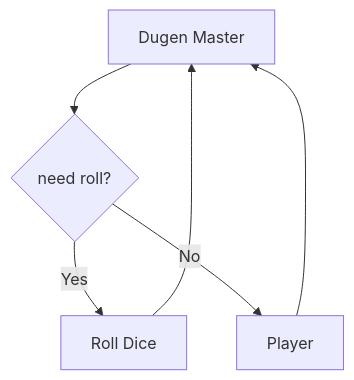
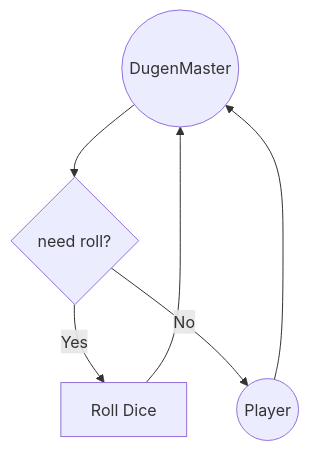
One commit to LangGraph-GUI/LangGraph-learn changed the diagram in 05 Agents with Tool/README.md. Above: the diagram before and after it, drawn with Mermaid.

````diff
--- a/05 Agents with Tool/README.md
+++ b/05 Agents with Tool/README.md
@@ -11,10 +11,10 @@
 ```mermaid
 graph TD;
-    A[Dugen Master] --> B{need roll?};
+    A((DugenMaster)) --> B{need roll?};
     B -- Yes --> C[Roll Dice];
-    B -- No --> D[Player];
+    B -- No --> D((Player));
     D --> A;
     C --> A;
 
 
 ```
````
